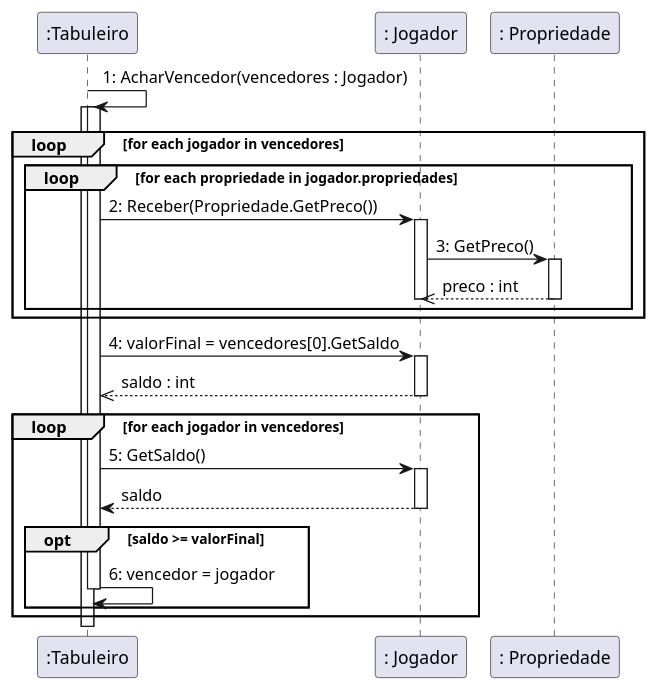
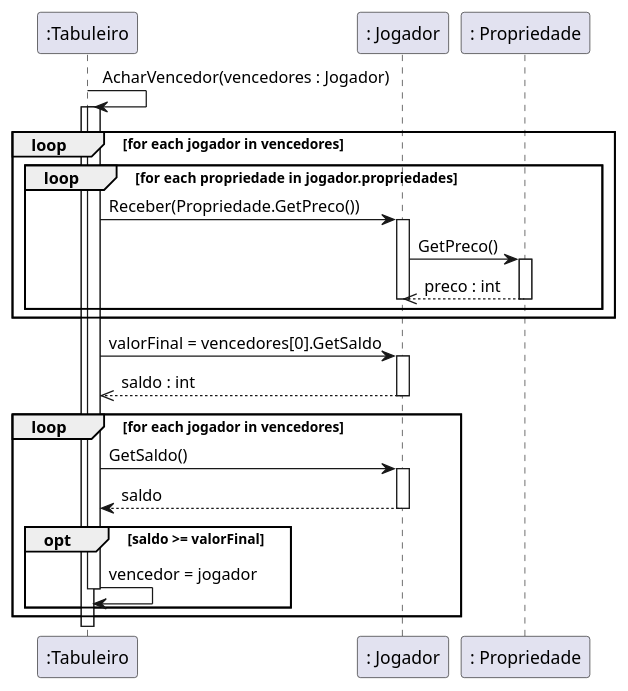
The diagram in Documentação/diagrama-de-sequencia-achar-vencedor.plantuml (rogerpcto/ProjetoDeSoftware-UFF), drawn with PlantUML before and after one commit.

Commit message:
Atualiza achar vencedor

```diff
--- a/Documentação/diagrama-de-sequencia-achar-vencedor.plantuml
+++ b/Documentação/diagrama-de-sequencia-achar-vencedor.plantuml
@@ -1,30 +1,30 @@
 @startuml
-":Tabuleiro" as Tabuleiro -> Tabuleiro : 1: AcharVencedor(vencedores : Jogador)
+":Tabuleiro" as Tabuleiro -> Tabuleiro : AcharVencedor(vencedores : Jogador)
 Activate Tabuleiro  
 loop for each jogador in vencedores
     loop for each propriedade in jogador.propriedades
     activate Tabuleiro
-    Tabuleiro -> ": Jogador" as Jogador : 2: Receber(Propriedade.GetPreco())
+    Tabuleiro -> ": Jogador" as Jogador : Receber(Propriedade.GetPreco())
         activate Jogador
-        Jogador -> ": Propriedade" as Propriedade : 3: GetPreco()
+        Jogador -> ": Propriedade" as Propriedade : GetPreco()
        activate Propriedade
        Jogador <<-- Propriedade : preco : int
        deactivate Propriedade
        deactivate Jogador
     end loop
 end loop
-Tabuleiro -> Jogador : 4: valorFinal = vencedores[0].GetSaldo
+Tabuleiro -> Jogador : valorFinal = vencedores[0].GetSaldo
 activate Jogador
 Tabuleiro <<-- Jogador : saldo : int
 deactivate Jogador
 loop for each jogador in vencedores
-Tabuleiro -> Jogador : 5: GetSaldo()
+Tabuleiro -> Jogador : GetSaldo()
 activate Jogador
 Tabuleiro <-- Jogador : saldo
 deactivate Jogador
 opt saldo >= valorFinal
-    Tabuleiro -> Tabuleiro : 6: vencedor = jogador
+    Tabuleiro -> Tabuleiro : vencedor = jogador
 deactivate Tabuleiro
 end opt
 end loop
 @enduml
```
